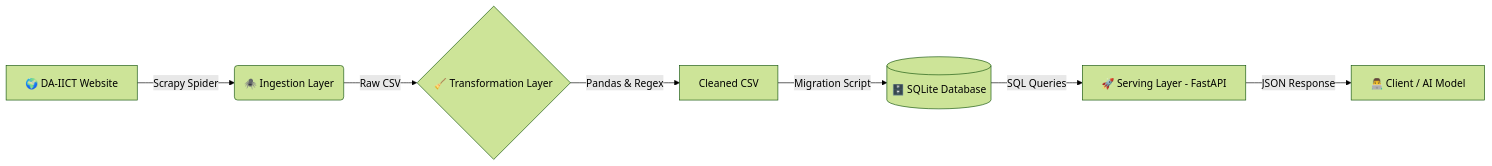
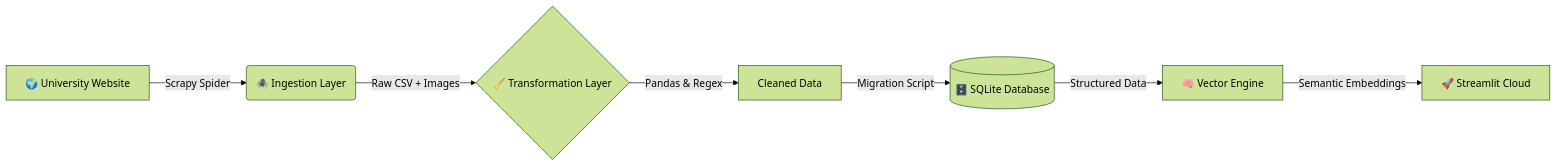
The diagram in README.md (aarsh-adhvaryu/FacultyFinder), drawn with Mermaid (forest theme) before and after one commit. The commit also changed other lines of this file, not shown here.

````diff
--- a/README.md
+++ b/README.md
@@ -19,9 +19,9 @@
 ```mermaid
 graph LR
-    A[🌍 DA-IICT Website] -->|Scrapy Spider| B(🕷️ Ingestion Layer)
-    B -->|Raw CSV| C{🧹 Transformation Layer}
-    C -->|Pandas & Regex| D[Cleaned CSV]
+    A[🌍 University Website] -->|Scrapy Spider| B(🕷️ Ingestion Layer)
+    B -->|Raw CSV + Images| C{🧹 Transformation Layer}
+    C -->|Pandas & Regex| D[Cleaned Data]
     D -->|Migration Script| E[(🗄️ SQLite Database)]
-    E -->|SQL Queries| F[🚀 Serving Layer - FastAPI]
-    F -->|JSON Response| G[👨‍💻 Client / AI Model]
+    E -->|Structured Data| F[🧠 Vector Engine]
+    F -->|Semantic Embeddings| G[🚀 Streamlit Cloud]
 ```
````
